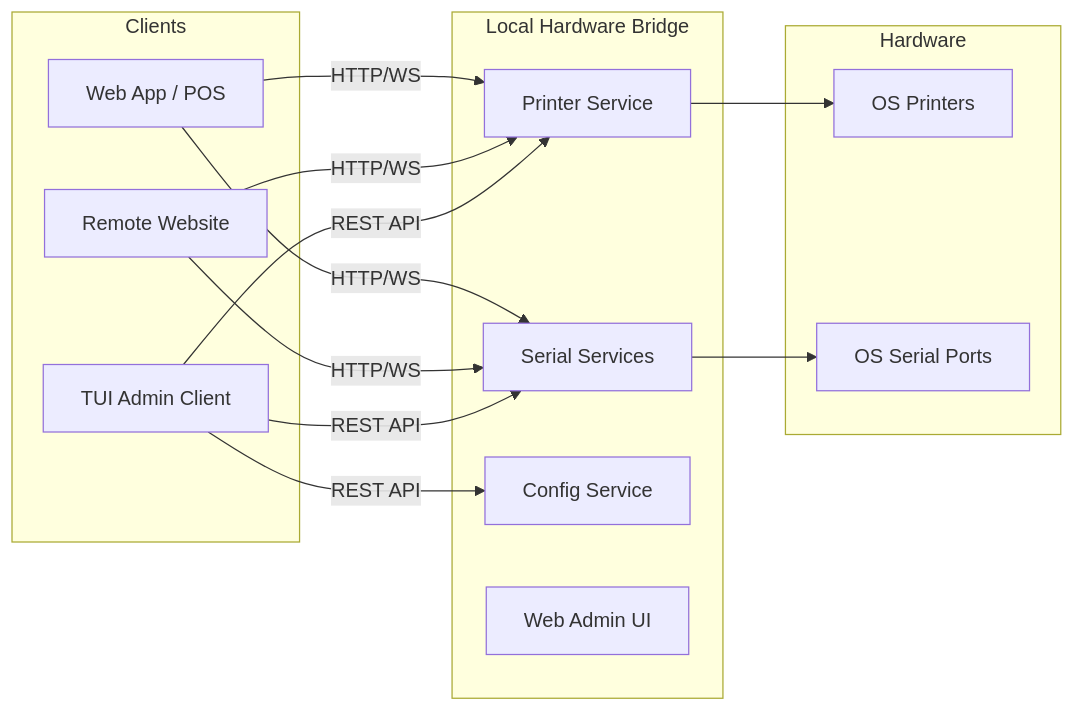
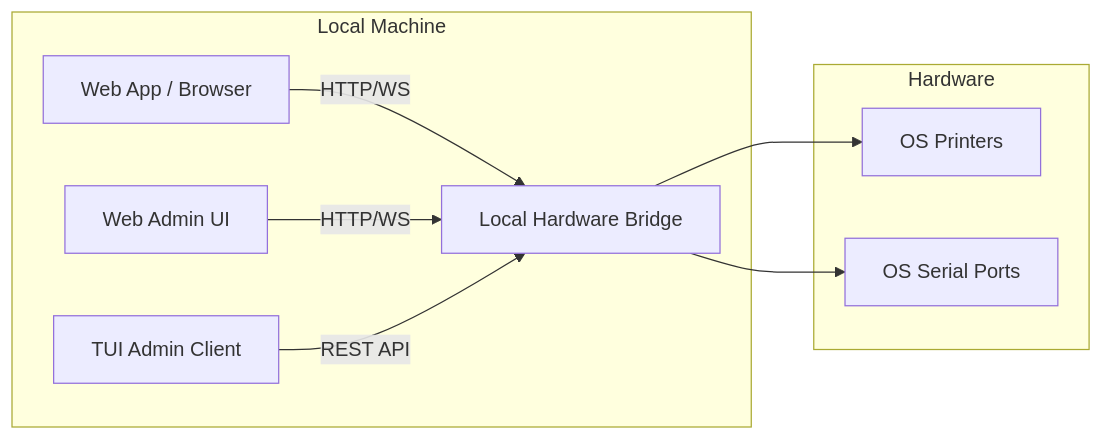
One commit to AugustinLR17/local-hardware-bridge changed the second of 3 diagrams in README.md. Above: the diagram before and after it, drawn with Mermaid. The commit also changed other lines of this file and 7 other files, not shown here.

````diff
--- a/README.md
+++ b/README.md
@@ -93,31 +78,21 @@
 ```mermaid
 graph LR
-    subgraph Clients
-        Browser[Web App / POS]
-        Remote[Remote Website]
+    subgraph Local Machine
+        Browser[Web App / Browser]
+        LHB[Local Hardware Bridge]
+        WebUI[Web Admin UI]
         TUI[TUI Admin Client]
-    end
-
-    subgraph LHB[Local Hardware Bridge]
-        PrinterSvc[Printer Service]
-        SerialSvc[Serial Services]
-        ConfigSvc[Config Service]
-        WebUI[Web Admin UI]
     end
 
     subgraph Hardware
         Printers[OS Printers]
         SerialPorts[OS Serial Ports]
     end
 
-    Browser -- HTTP/WS --> PrinterSvc
-    Browser -- HTTP/WS --> SerialSvc
-    Remote -- HTTP/WS --> PrinterSvc
-    Remote -- HTTP/WS --> SerialSvc
-    TUI -- REST API --> ConfigSvc
-    TUI -- REST API --> PrinterSvc
-    TUI -- REST API --> SerialSvc
+    Browser -- HTTP/WS --> LHB
+    WebUI -- HTTP/WS --> LHB
+    TUI -- REST API --> LHB
 
-    PrinterSvc --> Printers
-    SerialSvc --> SerialPorts
+    LHB --> Printers
+    LHB --> SerialPorts
 ```
````
